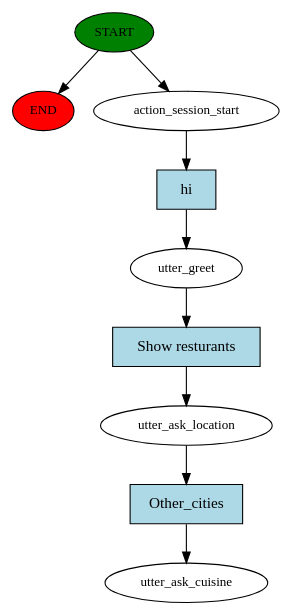
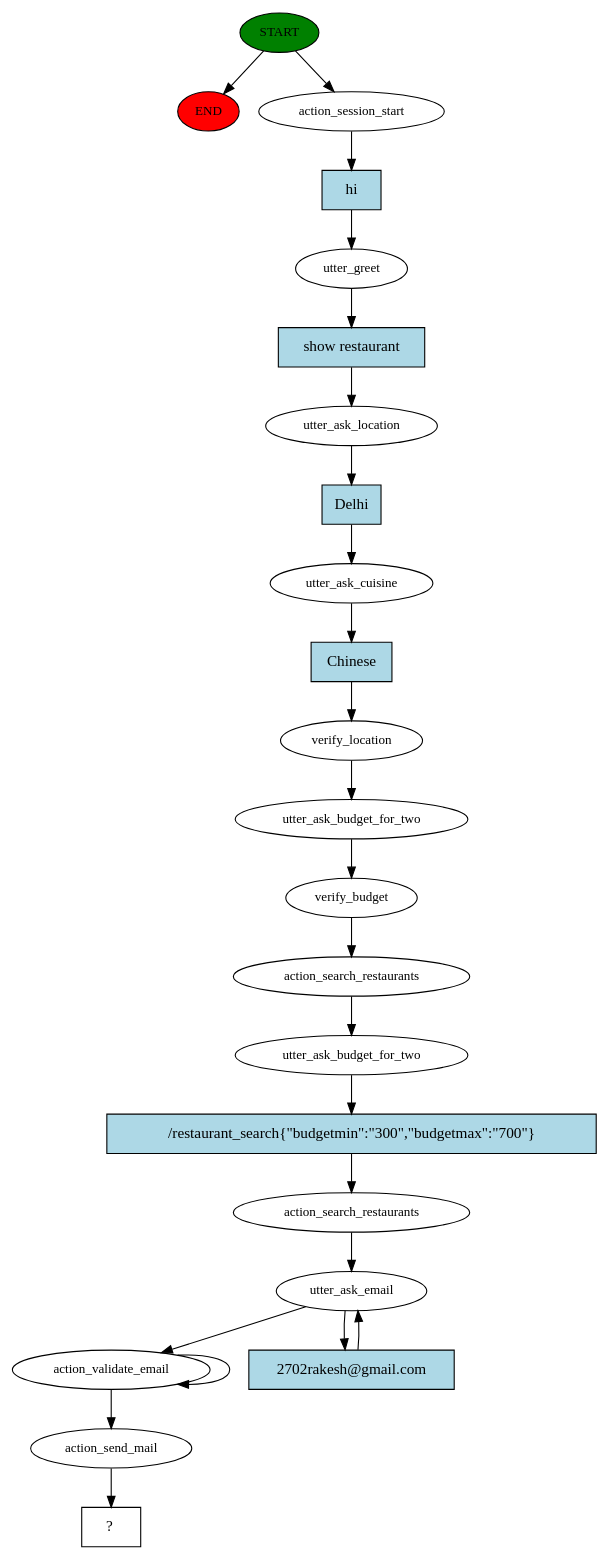
One commit to RakeshKumar045/Restaurant_Rasa_Chatbot_Python changed the diagram in story_graph.dot. Above: the diagram before and after it, drawn with Graphviz. The commit also changed 6 other files, not shown here.

```diff
--- a/story_graph.dot
+++ b/story_graph.dot
@@ -1,19 +1,47 @@
 digraph  {
 0 [class="start active", fillcolor=green, fontsize=12, label=START, style=filled];
 "-1" [class=end, fillcolor=red, fontsize=12, label=END, style=filled];
 1 [class=active, fontsize=12, label=action_session_start];
 2 [class=active, fontsize=12, label=utter_greet];
 3 [class=active, fontsize=12, label=utter_ask_location];
-4 [class="dashed active", fontsize=12, label=utter_ask_cuisine];
-5 [class="intent active", fillcolor=lightblue, label=hi, shape=rect, style=filled];
-6 [class="intent active", fillcolor=lightblue, label="Show resturants", shape=rect, style=filled];
-7 [class="intent active", fillcolor=lightblue, label=Other_cities, shape=rect, style=filled];
+4 [class=active, fontsize=12, label=utter_ask_cuisine];
+5 [class=active, fontsize=12, label=verify_location];
+6 [class=active, fontsize=12, label=utter_ask_budget_for_two];
+7 [class=active, fontsize=12, label=verify_budget];
+8 [class=active, fontsize=12, label=action_search_restaurants];
+9 [class=active, fontsize=12, label=utter_ask_budget_for_two];
+10 [class=active, fontsize=12, label=action_search_restaurants];
+11 [class=active, fontsize=12, label=utter_ask_email];
+13 [class=active, fontsize=12, label=action_validate_email];
+15 [class=active, fontsize=12, label=action_send_mail];
+16 [class="intent dashed active", label="  ?  ", shape=rect];
+17 [class="intent active", fillcolor=lightblue, label=hi, shape=rect, style=filled];
+18 [class="intent active", fillcolor=lightblue, label="show restaurant", shape=rect, style=filled];
+19 [class="intent active", fillcolor=lightblue, label=Delhi, shape=rect, style=filled];
+20 [class="intent active", fillcolor=lightblue, label=Chinese, shape=rect, style=filled];
+21 [class="intent active", fillcolor=lightblue, label="/restaurant_search{\"budgetmin\":\"300\",\"budgetmax\":\"700\"}", shape=rect, style=filled];
+22 [class="intent active", fillcolor=lightblue, label="2702rakesh@gmail.com", shape=rect, style=filled];
 0 -> "-1"  [class="", key=NONE, label=""];
 0 -> 1  [class=active, key=NONE, label=""];
-1 -> 5  [class=active, key=0];
-2 -> 6  [class=active, key=0];
-3 -> 7  [class=active, key=0];
-5 -> 2  [class=active, key=0];
-6 -> 3  [class=active, key=0];
-7 -> 4  [class=active, key=0];
+1 -> 17  [class=active, key=0];
+2 -> 18  [class=active, key=0];
+3 -> 19  [class=active, key=0];
+4 -> 20  [class=active, key=0];
+5 -> 6  [class=active, key=NONE, label=""];
+6 -> 7  [class=active, key=NONE, label=""];
+7 -> 8  [class=active, key=NONE, label=""];
+8 -> 9  [class=active, key=NONE, label=""];
+9 -> 21  [class=active, key=0];
+10 -> 11  [class=active, key=NONE, label=""];
+11 -> 13  [class=active, key=NONE, label=""];
+11 -> 22  [class=active, key=0];
+13 -> 15  [class=active, key=NONE, label=""];
+13 -> 13  [class=active, key=NONE, label=""];
+15 -> 16  [class=active, key=NONE, label=""];
+17 -> 2  [class=active, key=0];
+18 -> 3  [class=active, key=0];
+19 -> 4  [class=active, key=0];
+20 -> 5  [class=active, key=0];
+21 -> 10  [class=active, key=0];
+22 -> 11  [class=active, key=0];
 }
```
